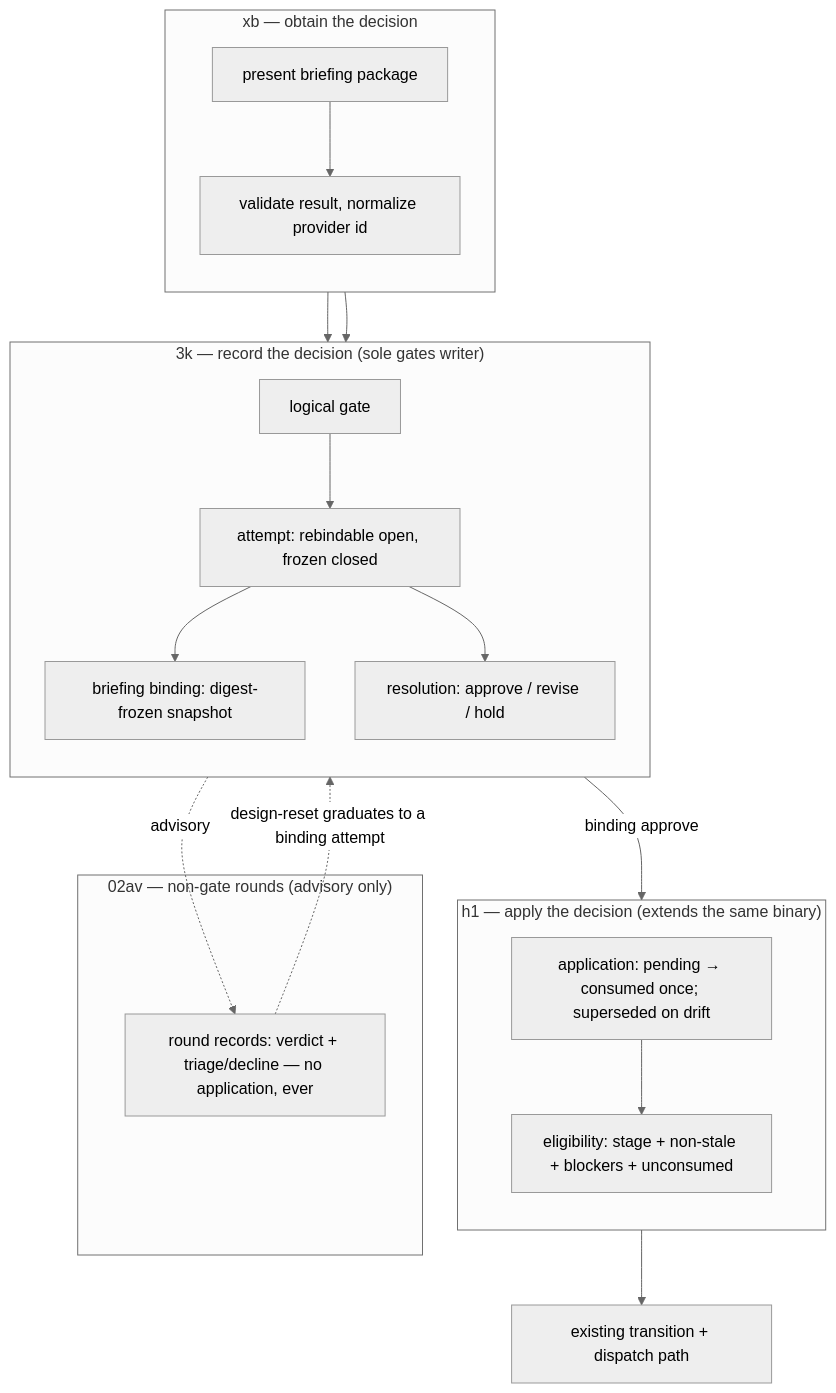
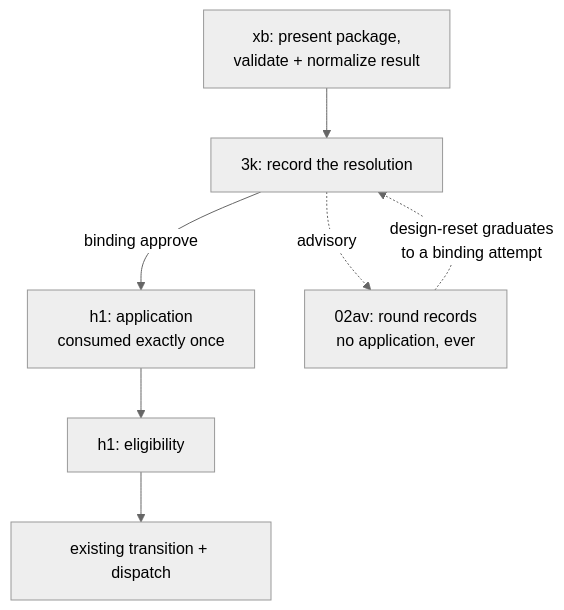
The second of 2 diagrams in durable-gate-approval-pending-blockers/gate-resolution-frontmatter-contract.md (spacedock-dev/spacedock), drawn with Mermaid (neutral theme) before and after one commit. The commit also changed other lines of this file and 1 other file, not shown here.

Commit message:
0260: 3k ideation cycle-18 — two subgraph-free stacked diagrams (structural width lever)

````diff
--- a/durable-gate-approval-pending-blockers/gate-resolution-frontmatter-contract.md
+++ b/durable-gate-approval-pending-blockers/gate-resolution-frontmatter-contract.md
@@ -26,26 +39,8 @@
 ```mermaid
 flowchart TB
-    subgraph obtain ["xb — obtain the decision"]
-        direction TB
-        present["present briefing package"] --> normalize["validate result, normalize provider id"]
-    end
-    subgraph record ["3k — record the decision (sole gates writer)"]
-        direction TB
-        gate["logical gate"] --> attempt["attempt: rebindable open, frozen closed"]
-        attempt --> briefing["briefing binding: digest-frozen snapshot"]
-        attempt --> resolution["resolution: approve / revise / hold"]
-    end
-    subgraph apply ["h1 — apply the decision (extends the same binary)"]
-        direction TB
-        application["application: pending → consumed once; superseded on drift"] --> eligibility["eligibility: stage + non-stale + blockers + unconsumed"]
-    end
-    subgraph rounds ["02av — non-gate rounds (advisory only)"]
-        round["round records: verdict + triage/decline — no application, ever"]
-    end
-    obtain --> record
-    normalize --> resolution
-    resolution -->|"binding approve"| application
-    resolution -.->|"advisory"| round
-    round -.->|"design-reset graduates to a binding attempt"| gate
-    eligibility --> effect["existing transition + dispatch path"]
+    obtain["xb: present package,<br/>validate + normalize result"] --> res["3k: record the resolution"]
+    res -->|"binding approve"| app["h1: application<br/>consumed exactly once"]
+    app --> elig["h1: eligibility"] --> effect["existing transition + dispatch"]
+    res -.->|"advisory"| round["02av: round records<br/>no application, ever"]
+    round -.->|"design-reset graduates<br/>to a binding attempt"| res
 ```
````
